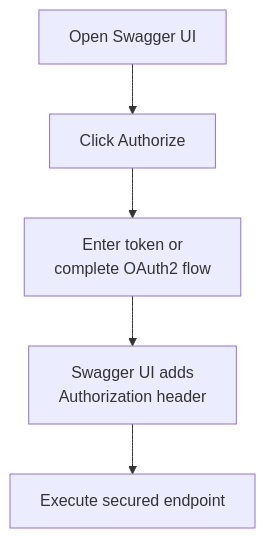
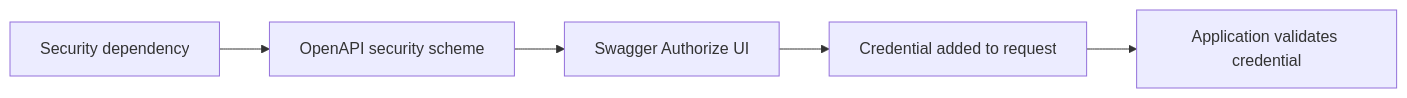
Before and after one commit to AvadhBhalodiya/Interview-Preparation: the fourth of 7 diagrams in src/content/fastapi/openapi-swagger-docs.md, drawn with Mermaid. The commit also changed other lines of this file and 80 other files, not shown here.

````diff
--- a/src/content/fastapi/openapi-swagger-docs.md
+++ b/src/content/fastapi/openapi-swagger-docs.md
@@ -720,7 +424,7 @@
 ```mermaid
-flowchart TD
-    A[Open Swagger UI] --> B[Click Authorize]
-    B --> C[Enter token or<br/>complete OAuth2 flow]
-    C --> D[Swagger UI adds<br/>Authorization header]
-    D --> E[Execute secured endpoint]
+flowchart LR
+    A[Security dependency] --> B[OpenAPI security scheme]
+    B --> C[Swagger Authorize UI]
+    C --> D[Credential added to request]
+    D --> E[Application validates credential]
 ```
````
